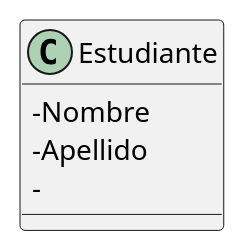
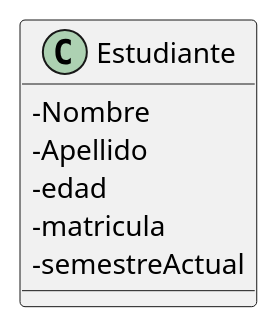
The second of 2 diagrams in Reto/Diagramas.md (facund015/codeRelatedObsidianNotes), drawn with PlantUML before and after one commit.

Commit message:
vault backup: 2021-10-12 11:56:58

````diff
--- a/Reto/Diagramas.md
+++ b/Reto/Diagramas.md
@@ -41,11 +41,13 @@
 ```plantuml
 @startuml
 skinparam classAttributeIconSize 0
 class Estudiante {
  -Nombre
  -Apellido
- -
+ -edad
+ -matricula
+ -semestreActual
 }
 
 @enduml
 ```
````
